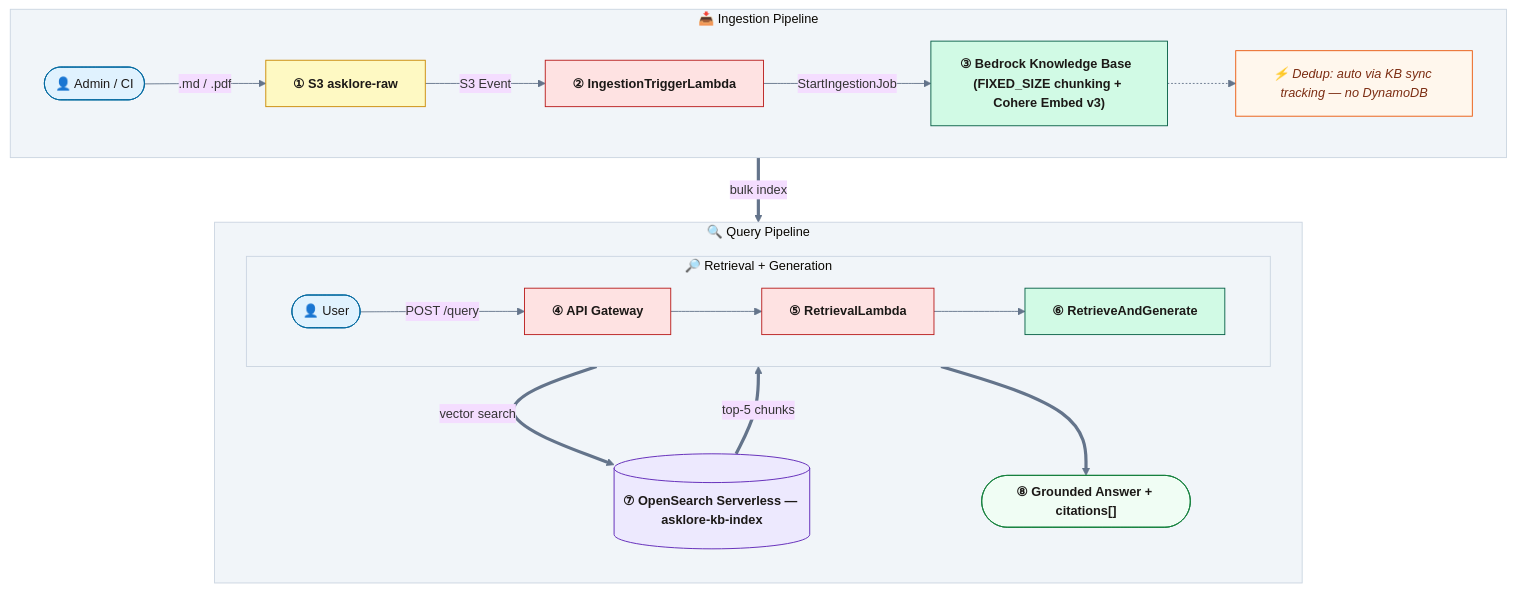
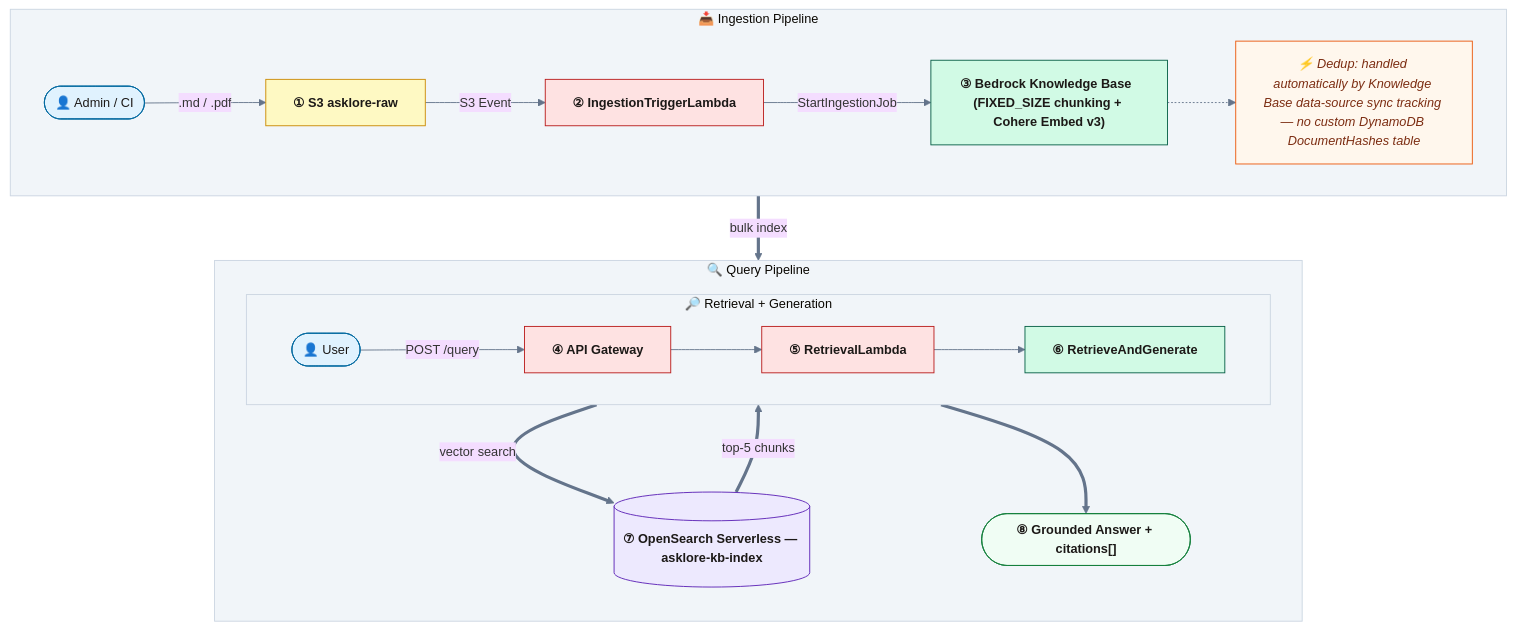
One commit to Sunilrana1978/AskLore changed the diagram in README.md. Above: the diagram before and after it, drawn with Mermaid.

Commit message:
Update dedup diagram label to match CLAUDE.md wording exactly

````diff
--- a/README.md
+++ b/README.md
@@ -9,42 +9,42 @@
 ```mermaid
 %%{init: {'theme': 'base', 'themeVariables': {'clusterBkg': '#F1F5F9', 'clusterBorder': '#CBD5E1', 'lineColor': '#64748B', 'fontSize': '14px'}}}%%
 flowchart TB
 
     classDef s3      fill:#FEF9C3,stroke:#CA8A04,color:#1C1917,font-weight:bold
     classDef lambda  fill:#FEE2E2,stroke:#B91C1C,color:#1C1917,font-weight:bold
     classDef bedrock fill:#D1FAE5,stroke:#065F46,color:#1C1917,font-weight:bold
     classDef os      fill:#EDE9FE,stroke:#5B21B6,color:#1C1917,font-weight:bold
     classDef person  fill:#E0F2FE,stroke:#0369A1,color:#1C1917
     classDef output  fill:#F0FDF4,stroke:#15803D,color:#1C1917,font-weight:bold
     classDef note    fill:#FFF7ED,stroke:#EA580C,color:#7C2D12,font-style:italic
 
     subgraph ING["📥  Ingestion Pipeline"]
         direction LR
         UADM(["👤 Admin / CI"]):::person
         RAWB["① S3  asklore-raw"]:::s3
         TRIG["② IngestionTriggerLambda"]:::lambda
         KB["③ Bedrock Knowledge Base  (FIXED_SIZE chunking + Cohere Embed v3)"]:::bedrock
-        DEDUP["⚡ Dedup: auto via KB sync tracking — no DynamoDB"]:::note
+        DEDUP["⚡ Dedup: handled automatically by Knowledge Base data-source sync tracking — no custom DynamoDB DocumentHashes table"]:::note
         UADM -->|.md / .pdf| RAWB -->|S3 Event| TRIG -->|StartIngestionJob| KB
         KB -.-> DEDUP
     end
 
     subgraph QRY["🔍  Query Pipeline"]
         direction TB
         subgraph RET["🔎  Retrieval + Generation"]
             direction LR
             UQRY(["👤 User"]):::person
             APIG["④ API Gateway"]:::lambda
             RLMB["⑤ RetrievalLambda"]:::lambda
             RAG["⑥ RetrieveAndGenerate"]:::bedrock
             UQRY -->|POST /query| APIG --> RLMB --> RAG
         end
         OSLS[("⑦ OpenSearch Serverless — asklore-kb-index")]:::os
         GOUT(["⑧ Grounded Answer + citations[]"]):::output
         RAG ==>|vector search| OSLS
         OSLS ==>|top-5 chunks| RAG
         RAG ==> GOUT
     end
 
     KB ==>|bulk index| OSLS
 ```
````
